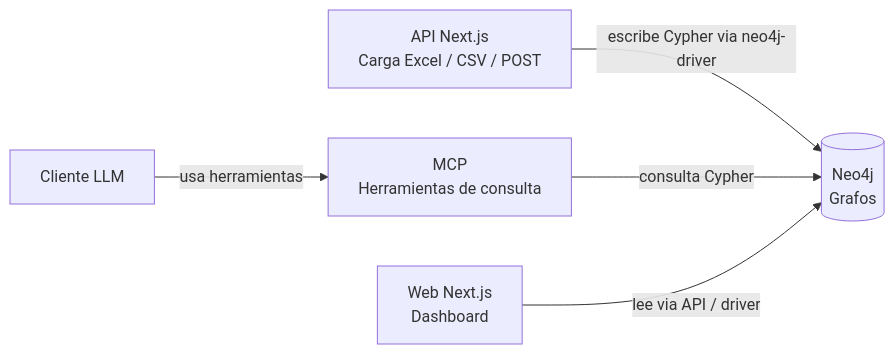
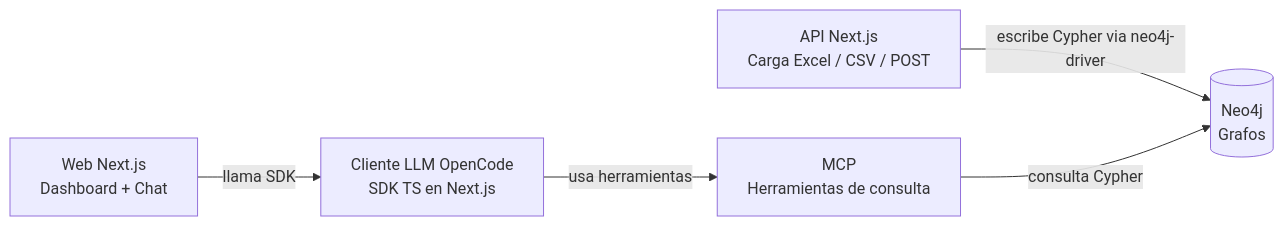
One commit to xsismadn3ss/EggSeller changed the diagram in Docs/arquitectura.md. Above: the diagram before and after it, drawn with Mermaid. The commit also changed other lines of this file, not shown here.

Commit message:
🏗️ Definir OpenCode SDK TypeScript para cliente LLM en Next.js

````diff
--- a/Docs/arquitectura.md
+++ b/Docs/arquitectura.md
@@ -19,7 +20,7 @@
 ```mermaid
 flowchart LR
     API["API Next.js<br/>Carga Excel / CSV / POST"] -- escribe Cypher via neo4j-driver --> DB[("Neo4j<br/>Grafos")]
     MCP["MCP<br/>Herramientas de consulta"] -- consulta Cypher --> DB
-    LLM["Cliente LLM"] -- usa herramientas --> MCP
-    WEB["Web Next.js<br/>Dashboard"] -- lee via API / driver --> DB
+    LLM["Cliente LLM OpenCode<br/>SDK TS en Next.js"] -- usa herramientas --> MCP
+    WEB["Web Next.js<br/>Dashboard + Chat"] -- llama SDK --> LLM
 ```
````
